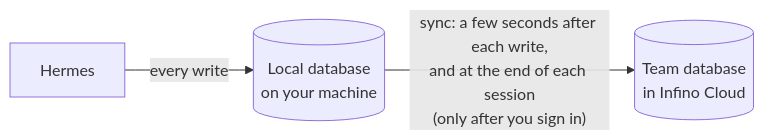
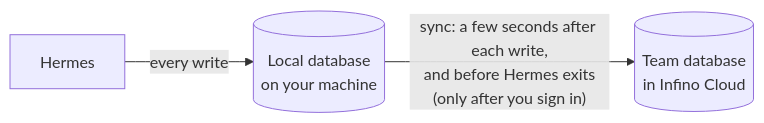
The fourth of 5 diagrams in README.md (infino-ai/hermes-infino), drawn with Mermaid before and after one commit. The commit also changed other lines of this file, not shown here.

````diff
--- a/README.md
+++ b/README.md
@@ -84,5 +84,5 @@
 ```mermaid
 flowchart LR
   H[Hermes] -- every write --> L[(Local database<br/>on your machine)]
-  L -- "sync: a few seconds after each write,<br/>and at the end of each session<br/>(only after you sign in)" --> C[(Team database<br/>in Infino Cloud)]
+  L -- "sync: a few seconds after each write,<br/>and before Hermes exits<br/>(only after you sign in)" --> C[(Team database<br/>in Infino Cloud)]
 ```
````
